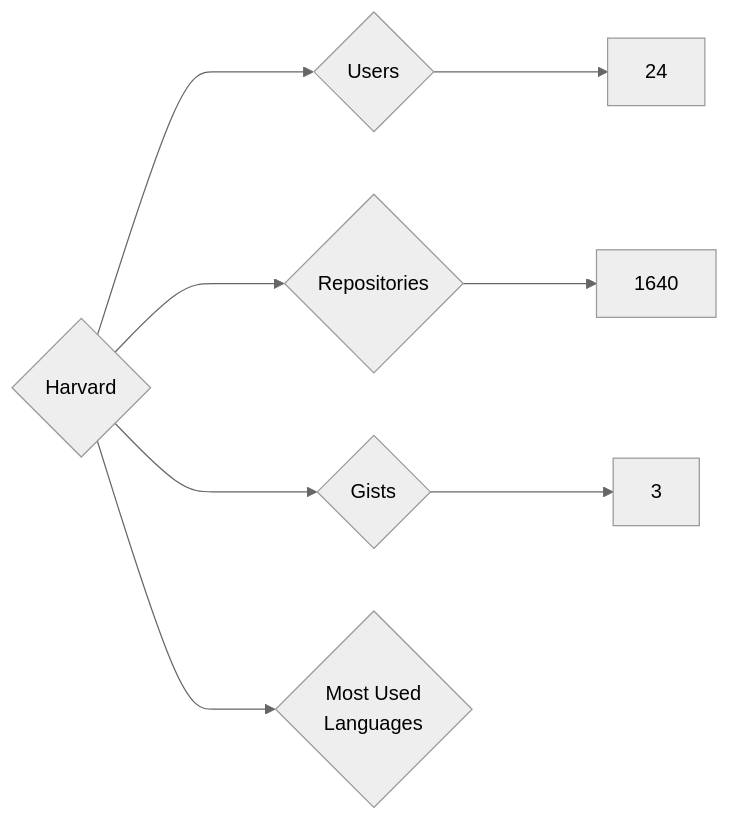
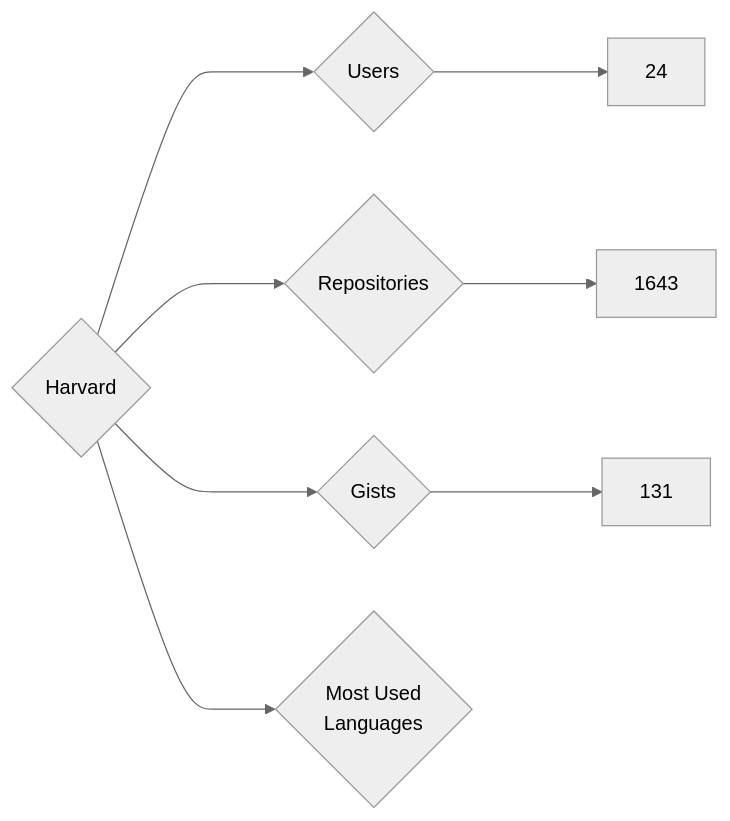
The diagram in targets/Harvard/README.md (nenadzaric/insiders), drawn with Mermaid (neutral theme) before and after one commit. The commit also changed 1342 other files, not shown here.

````diff
--- a/targets/Harvard/README.md
+++ b/targets/Harvard/README.md
@@ -3,8 +3,8 @@
 ```mermaid
 graph LR
 COMPANY_NAME{Harvard}
 COMPANY_NAME ---> U{Users} ---> UN[24]
-COMPANY_NAME ---> R{Repositories} ---> RN[1640]
-COMPANY_NAME ---> G{Gists} ---> GN[3]
+COMPANY_NAME ---> R{Repositories} ---> RN[1643]
+COMPANY_NAME ---> G{Gists} ---> GN[131]
 COMPANY_NAME ---> ML{Most Used<br>Languages}
 ```
````
